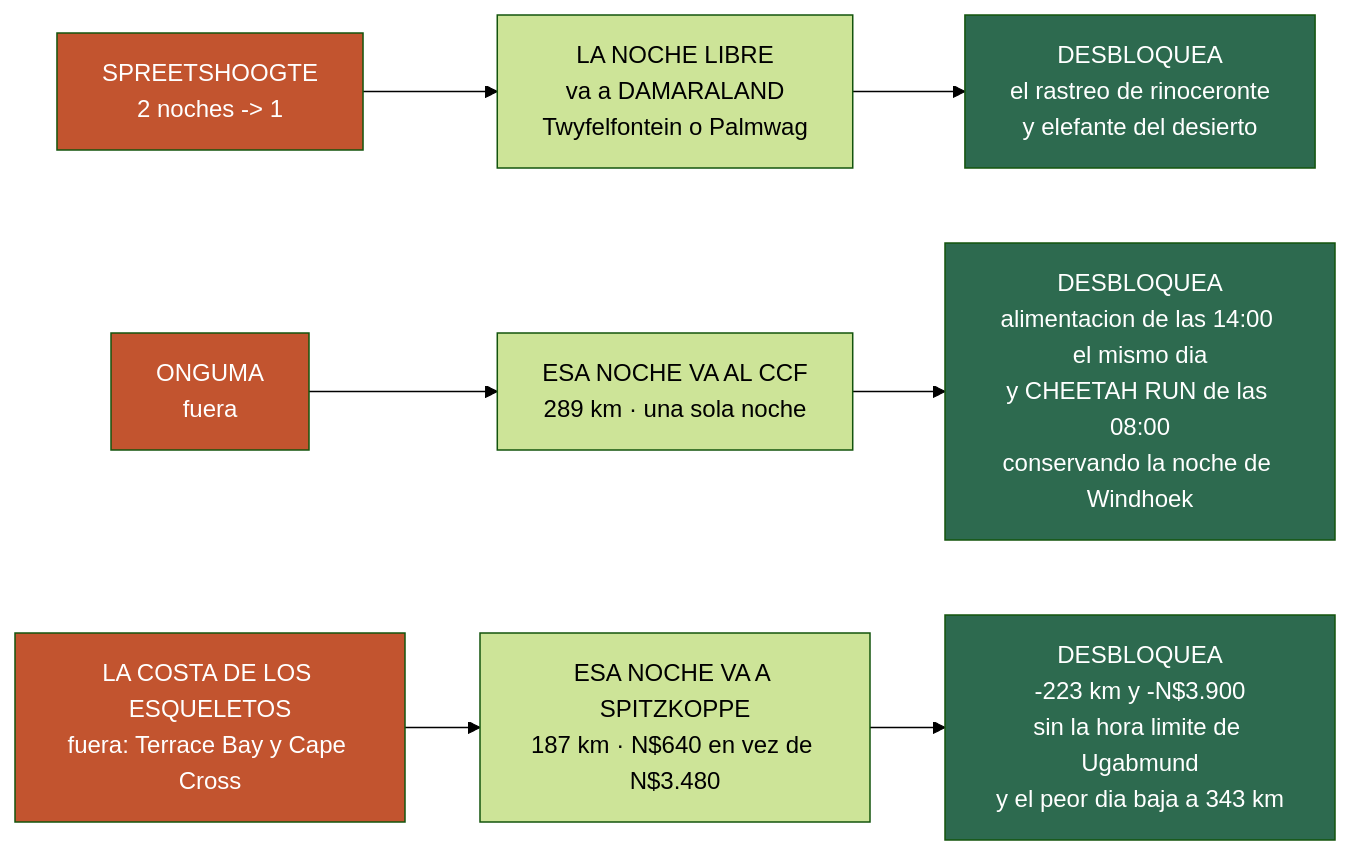
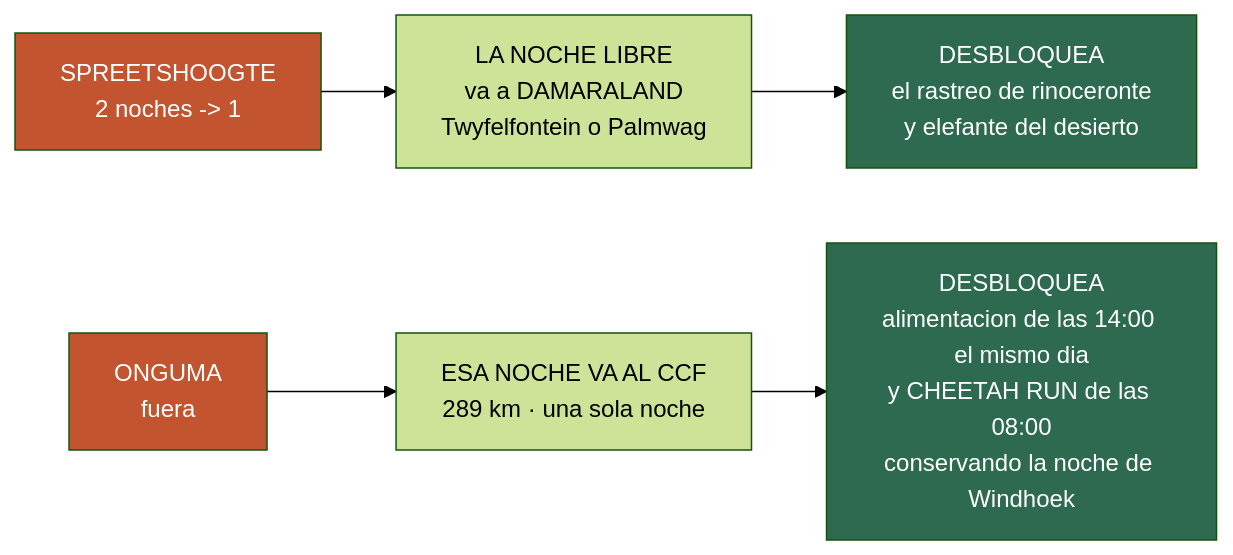
One commit to morandeirachema/namibia changed the diagram in 24-ruta-alternativa.md. Above: the diagram before and after it, drawn with Mermaid (forest theme). The commit also changed other lines of this file and 12 other files, not shown here.

````diff
--- a/24-ruta-alternativa.md
+++ b/24-ruta-alternativa.md
@@ -89,16 +80,12 @@
 ```mermaid
 flowchart LR
 %% ancho
     A["SPREETSHOOGTE<br/>2 noches -> 1"] --> B["LA NOCHE LIBRE<br/>va a DAMARALAND<br/>Twyfelfontein o Palmwag"]
     B --> C["DESBLOQUEA<br/>el rastreo de rinoceronte<br/>y elefante del desierto"]
     D["ONGUMA<br/>fuera"] --> E["ESA NOCHE VA AL CCF<br/>289 km · una sola noche"]
     E --> F["DESBLOQUEA<br/>alimentacion de las 14:00 el mismo dia<br/>y CHEETAH RUN de las 08:00<br/>conservando la noche de Windhoek"]
-    G["LA COSTA DE LOS ESQUELETOS<br/>fuera: Terrace Bay y Cape Cross"] --> H["ESA NOCHE VA A SPITZKOPPE<br/>187 km · N$640 en vez de N$3.480"]
-    H --> I["DESBLOQUEA<br/>-223 km y -N$3.900<br/>sin la hora limite de Ugabmund<br/>y el peor dia baja a 343 km"]
     style A fill:#C2542F,color:#fff
     style D fill:#C2542F,color:#fff
-    style G fill:#C2542F,color:#fff
     style C fill:#2d6a4f,color:#fff
     style F fill:#2d6a4f,color:#fff
-    style I fill:#2d6a4f,color:#fff
 ```
````
